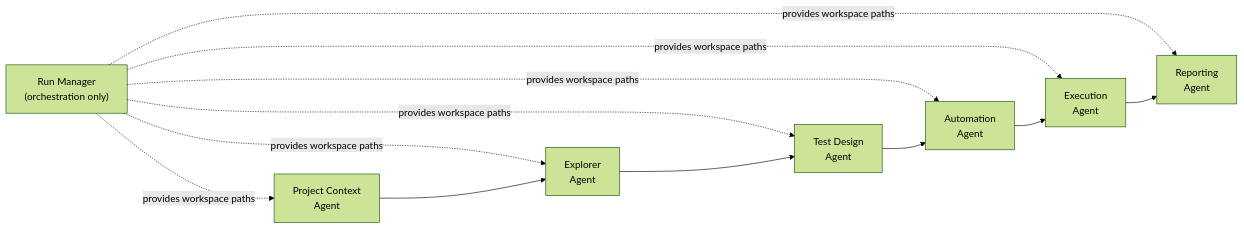
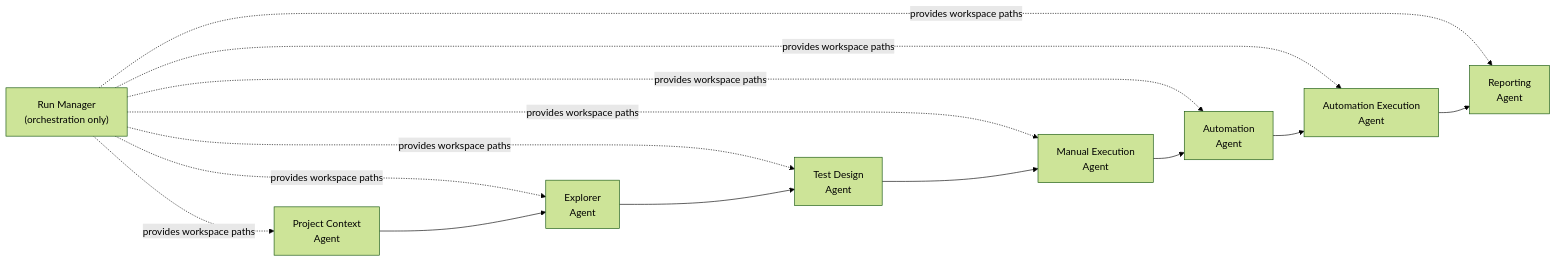
The fourth of 10 diagrams in README.md (HusseinAtaHussein1/AISeatMap), drawn with Mermaid (forest theme) before and after one commit. The commit also changed other lines of this file and 208 other files, not shown here.

Commit message:
new agent for manual execution only

````diff
--- a/README.md
+++ b/README.md
@@ -322,19 +331,21 @@
 ```mermaid
 flowchart LR
     RM["Run Manager<br/>(orchestration only)"]
     PCA["Project Context<br/>Agent"]
     EXP["Explorer<br/>Agent"]
     TD["Test Design<br/>Agent"]
+    MANEX["Manual Execution<br/>Agent"]
     AUTO["Automation<br/>Agent"]
-    EXEC["Execution<br/>Agent"]
+    AEXEC["Automation Execution<br/>Agent"]
     REP["Reporting<br/>Agent"]
 
     RM -.provides workspace paths.-> PCA
     RM -.provides workspace paths.-> EXP
     RM -.provides workspace paths.-> TD
+    RM -.provides workspace paths.-> MANEX
     RM -.provides workspace paths.-> AUTO
-    RM -.provides workspace paths.-> EXEC
+    RM -.provides workspace paths.-> AEXEC
     RM -.provides workspace paths.-> REP
 
-    PCA --> EXP --> TD --> AUTO --> EXEC --> REP
+    PCA --> EXP --> TD --> MANEX --> AUTO --> AEXEC --> REP
 ```
````
